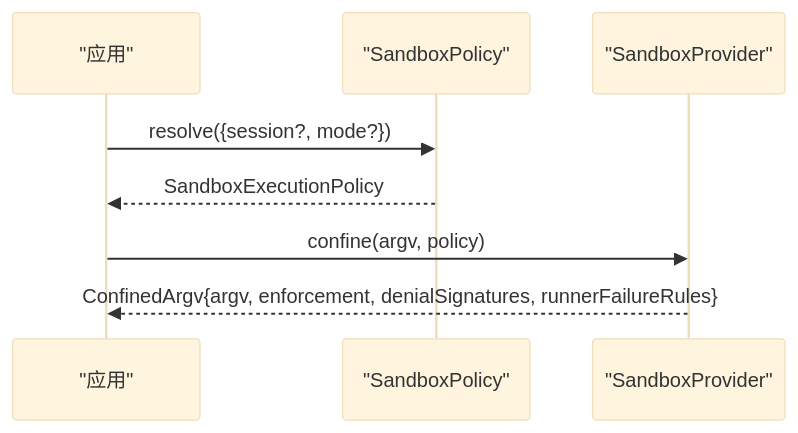
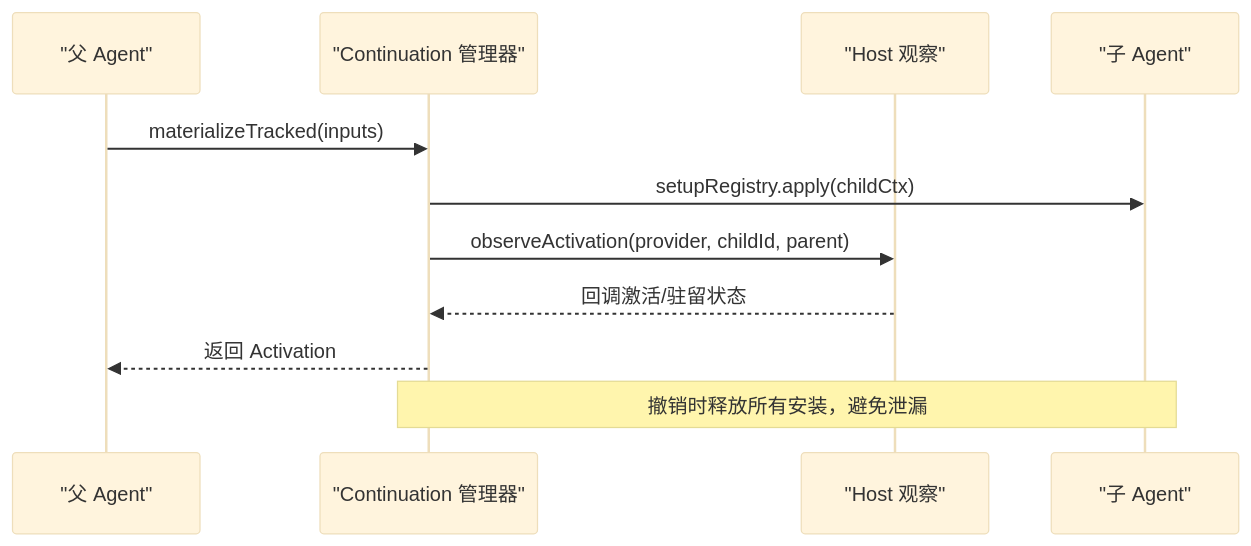
One commit to gongzili456/deepseek-harness changed the seventh of 8 diagrams in .qoder/repowiki/zh/content/核心概念/核心概念.md. Above: the diagram before and after it, drawn with Mermaid (base theme). The commit also changed other lines of this file and 1001 other files, not shown here.

````diff
--- a/.qoder/repowiki/zh/content/核心概念/核心概念.md
+++ b/.qoder/repowiki/zh/content/核心概念/核心概念.md
@@ -342,10 +333,13 @@
 ```mermaid
 sequenceDiagram
-participant App as "应用"
-participant SP as "SandboxPolicy"
-participant SS as "SandboxProvider"
-App->>SP : resolve({session?, mode?})
-SP-->>App : SandboxExecutionPolicy
-App->>SS : confine(argv, policy)
-SS-->>App : ConfinedArgv{argv, enforcement, denialSignatures, runnerFailureRules}
+participant Parent as "父 Agent"
+participant Cont as "Continuation 管理器"
+participant Host as "Host 观察"
+participant Child as "子 Agent"
+Parent->>Cont : materializeTracked(inputs)
+Cont->>Child : setupRegistry.apply(childCtx)
+Cont->>Host : observeActivation(provider, childId, parent)
+Host-->>Cont : 回调激活/驻留状态
+Cont-->>Parent : 返回 Activation
+Note over Cont,Child : 撤销时释放所有安装，避免泄漏
 ```
````
